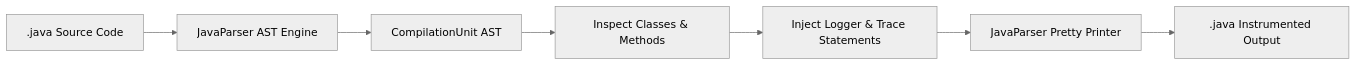
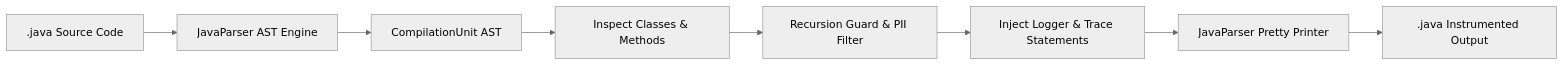
Before and after one commit to Tom7668h/JavaFunctionLogger: the diagram in README.md, drawn with Mermaid (neutral theme). The commit also changed other lines of this file and 3 other files, not shown here.

Commit message:
feat(security): add PII parameter redaction, array formatting, recursion guard and file backup

````diff
--- a/README.md
+++ b/README.md
@@ -33,9 +41,10 @@
 ```mermaid
 flowchart LR
     Source[".java Source Code"] --> Parser["JavaParser AST Engine"]
     Parser --> Ast["CompilationUnit AST"]
     Ast --> Inspector["Inspect Classes & Methods"]
-    Inspector --> Mutator["Inject Logger & Trace Statements"]
+    Inspector --> Guard["Recursion Guard & PII Filter"]
+    Guard --> Mutator["Inject Logger & Trace Statements"]
     Mutator --> PrettyPrinter["JavaParser Pretty Printer"]
     PrettyPrinter --> Output[".java Instrumented Output"]
 ```
````
